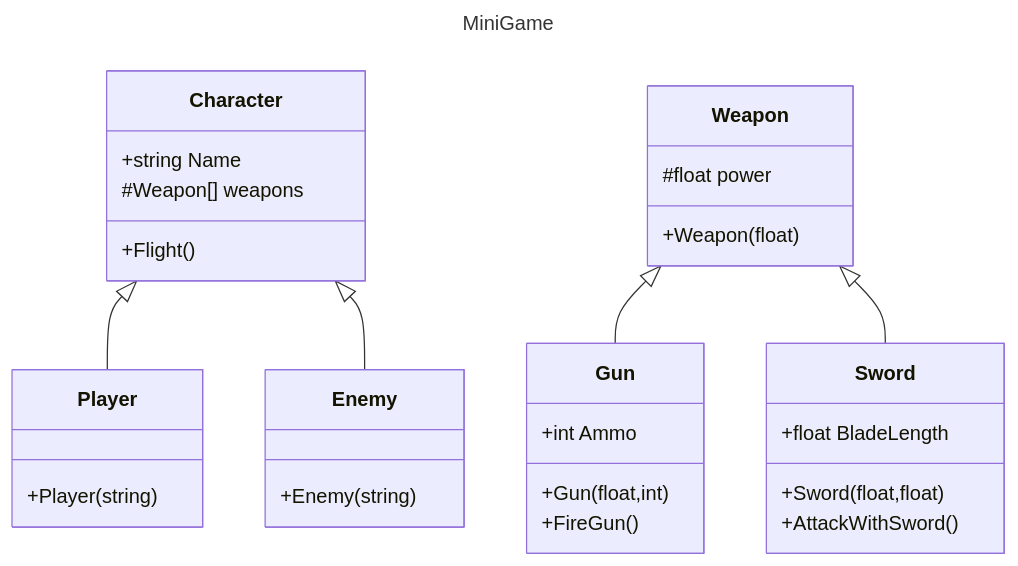
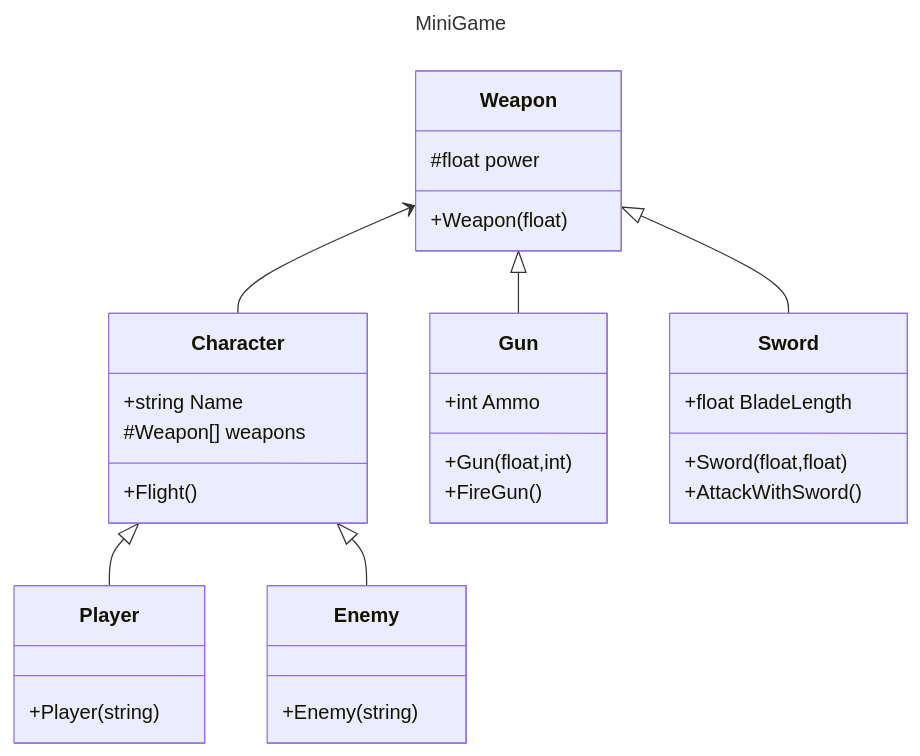
Before and after one commit to AlexandreAlmeid/LP1Semana07: the diagram in MiniGame/README.md, drawn with Mermaid.

Commit message:
MiniGameMermaid3

````diff
--- a/MiniGame/README.md
+++ b/MiniGame/README.md
@@ -1,31 +1,32 @@
 ```mermaid
 ---
 title: MiniGame
 ---
 classDiagram
+    Weapon <-- Character
     Character <|-- Player
     Character <|-- Enemy
     Weapon <|-- Gun
     Weapon <|-- Sword
     Character : +string Name
     Character : #Weapon[] weapons
     Character : +Flight()
     Weapon : #float power
     Weapon : +Weapon(float)
     class Player{
         +Player(string)
     }
     class Enemy{
         +Enemy(string)
     }
     class Gun{
         +int Ammo
         +Gun(float,int)
         +FireGun()
     }
     class Sword{
         +float BladeLength
         +Sword(float,float)
         +AttackWithSword()
     }
 ```
````
